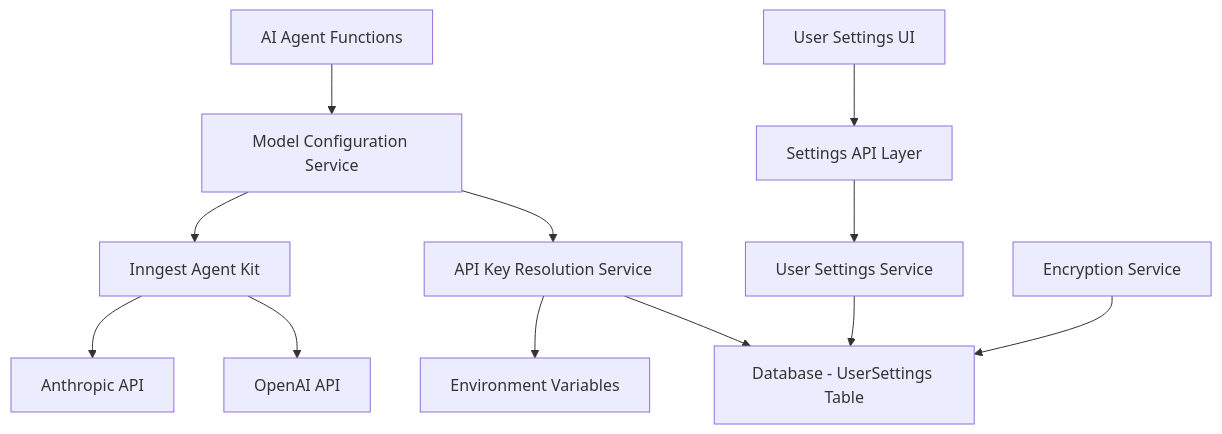
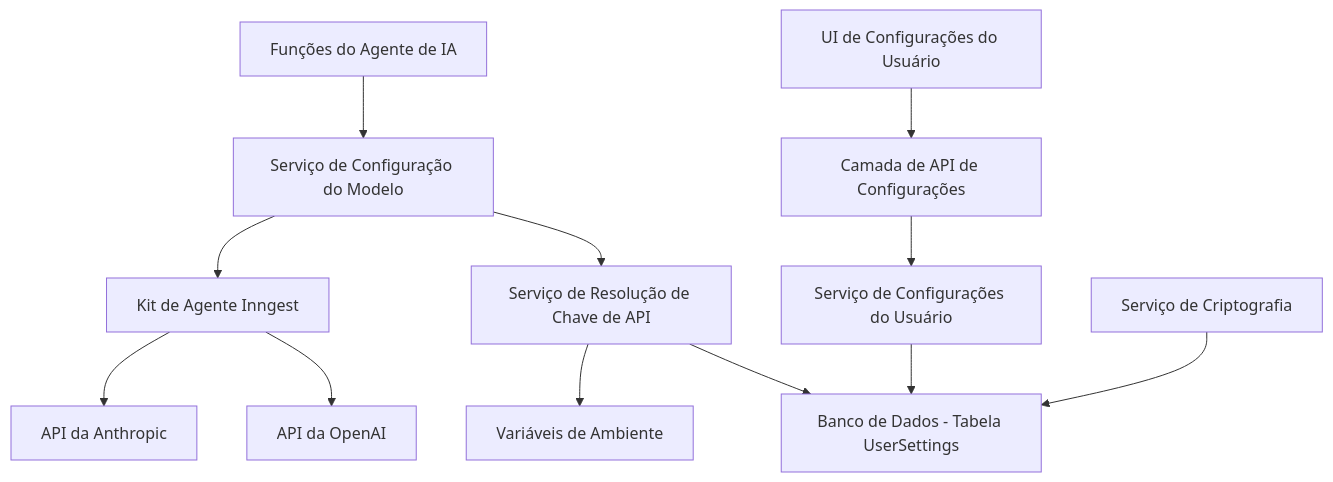
The diagram in specs/custom-api-keys/design.md (gumiranda/crazynator), drawn with Mermaid before and after one commit. The commit also changed other lines of this file and 9 other files, not shown here.

````diff
--- a/specs/custom-api-keys/design.md
+++ b/specs/custom-api-keys/design.md
@@ -13,17 +13,17 @@
 ```mermaid
 graph TB
-    A[User Settings UI] --> B[Settings API Layer]
-    B --> C[User Settings Service]
-    C --> D[Database - UserSettings Table]
+    A[UI de Configurações do Usuário] --> B[Camada de API de Configurações]
+    B --> C[Serviço de Configurações do Usuário]
+    C --> D[Banco de Dados - Tabela UserSettings]
 
-    E[AI Agent Functions] --> F[Model Configuration Service]
-    F --> G[API Key Resolution Service]
+    E[Funções do Agente de IA] --> F[Serviço de Configuração do Modelo]
+    F --> G[Serviço de Resolução de Chave de API]
     G --> D
-    G --> H[Environment Variables]
+    G --> H[Variáveis de Ambiente]
 
-    F --> I[Inngest Agent Kit]
-    I --> J[OpenAI API]
-    I --> K[Anthropic API]
+    F --> I[Kit de Agente Inngest]
+    I --> J[API da OpenAI]
+    I --> K[API da Anthropic]
 
-    L[Encryption Service] --> D
+    L[Serviço de Criptografia] --> D
 ```
````
